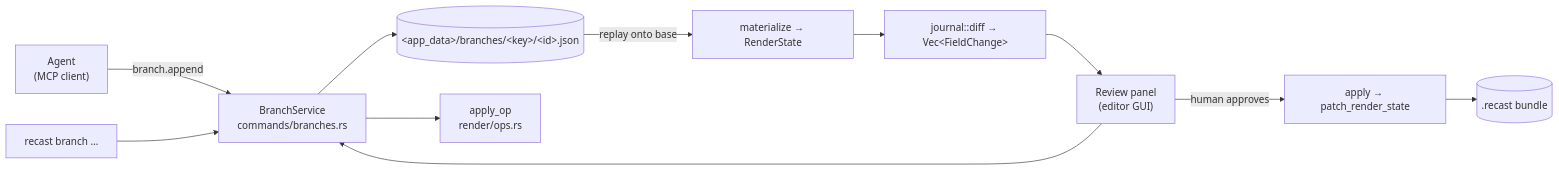
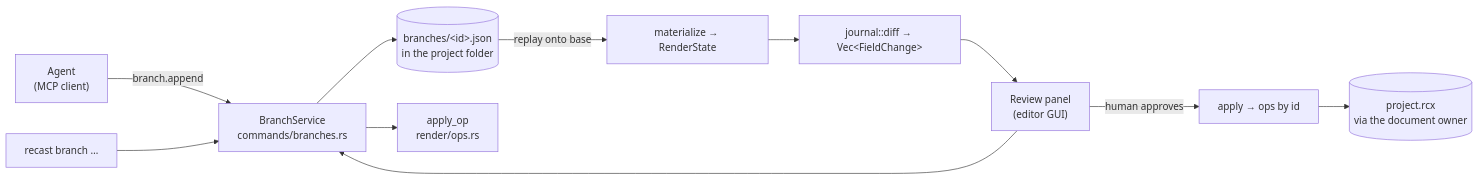
The first of 2 diagrams in apps/web/content/architecture/agentic-edits-mcp.md (kanakkholwal/recast), drawn with Mermaid before and after one commit. The commit also changed other lines of this file and 8 other files, not shown here.

````diff
--- a/apps/web/content/architecture/agentic-edits-mcp.md
+++ b/apps/web/content/architecture/agentic-edits-mcp.md
@@ -61,15 +60,15 @@
 ```mermaid
 flowchart LR
   agent["Agent<br/>(MCP client)"] -->|"branch.append"| svc
   cli["recast branch …"] --> svc
   gui["Review panel<br/>(editor GUI)"] --> svc
 
-  svc["BranchService<br/>commands/branches.rs"] --> journal[("&lt;app_data&gt;/branches/&lt;key&gt;/&lt;id&gt;.json")]
+  svc["BranchService<br/>commands/branches.rs"] --> journal[("branches/&lt;id&gt;.json<br/>in the project folder")]
   svc --> ops["apply_op<br/>render/ops.rs"]
 
   journal -->|"replay onto base"| materialized["materialize → RenderState"]
   materialized --> diff["journal::diff → Vec&lt;FieldChange&gt;"]
   diff --> gui
-  gui -->|"human approves"| apply["apply → patch_render_state"]
-  apply --> project[(".recast bundle")]
+  gui -->|"human approves"| apply["apply → ops by id"]
+  apply --> project[("project.rcx<br/>via the document owner")]
 ```
````
